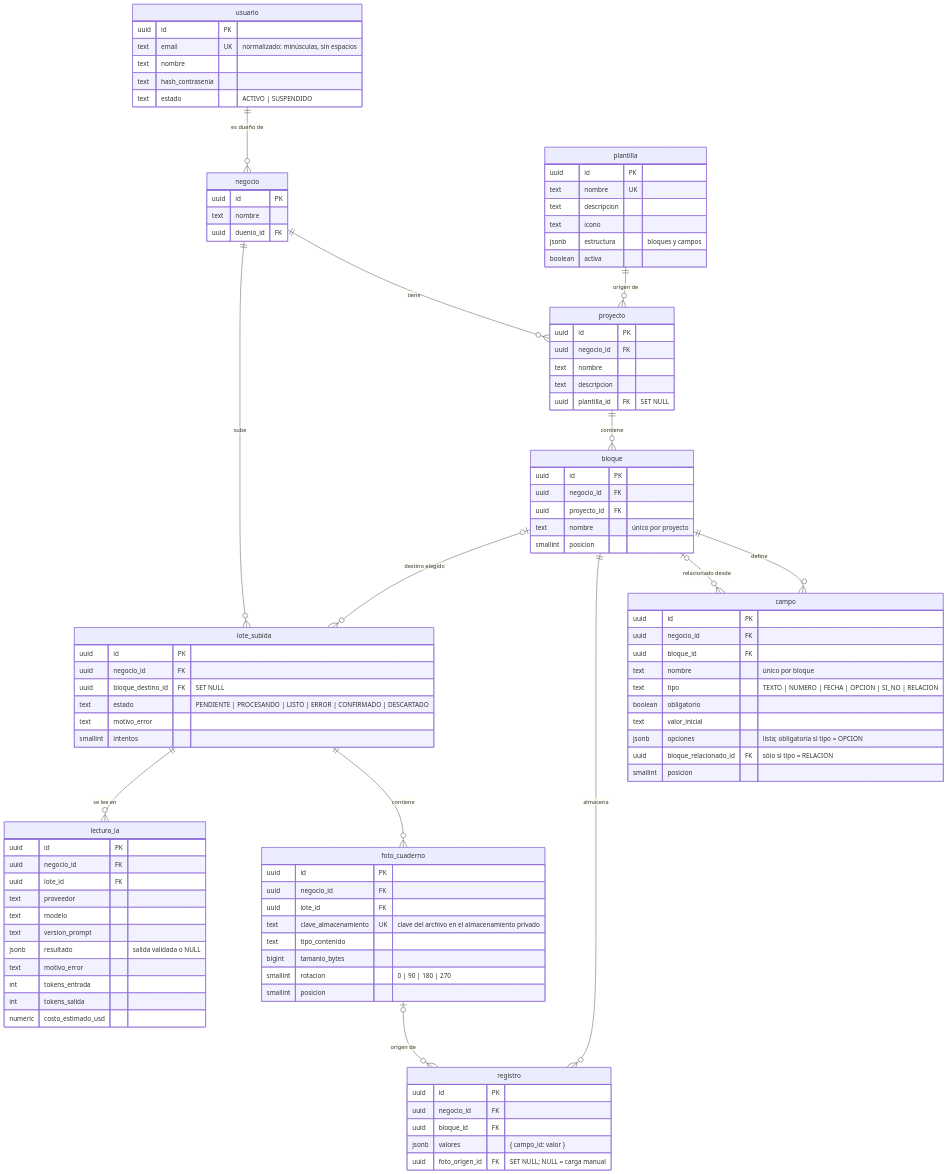
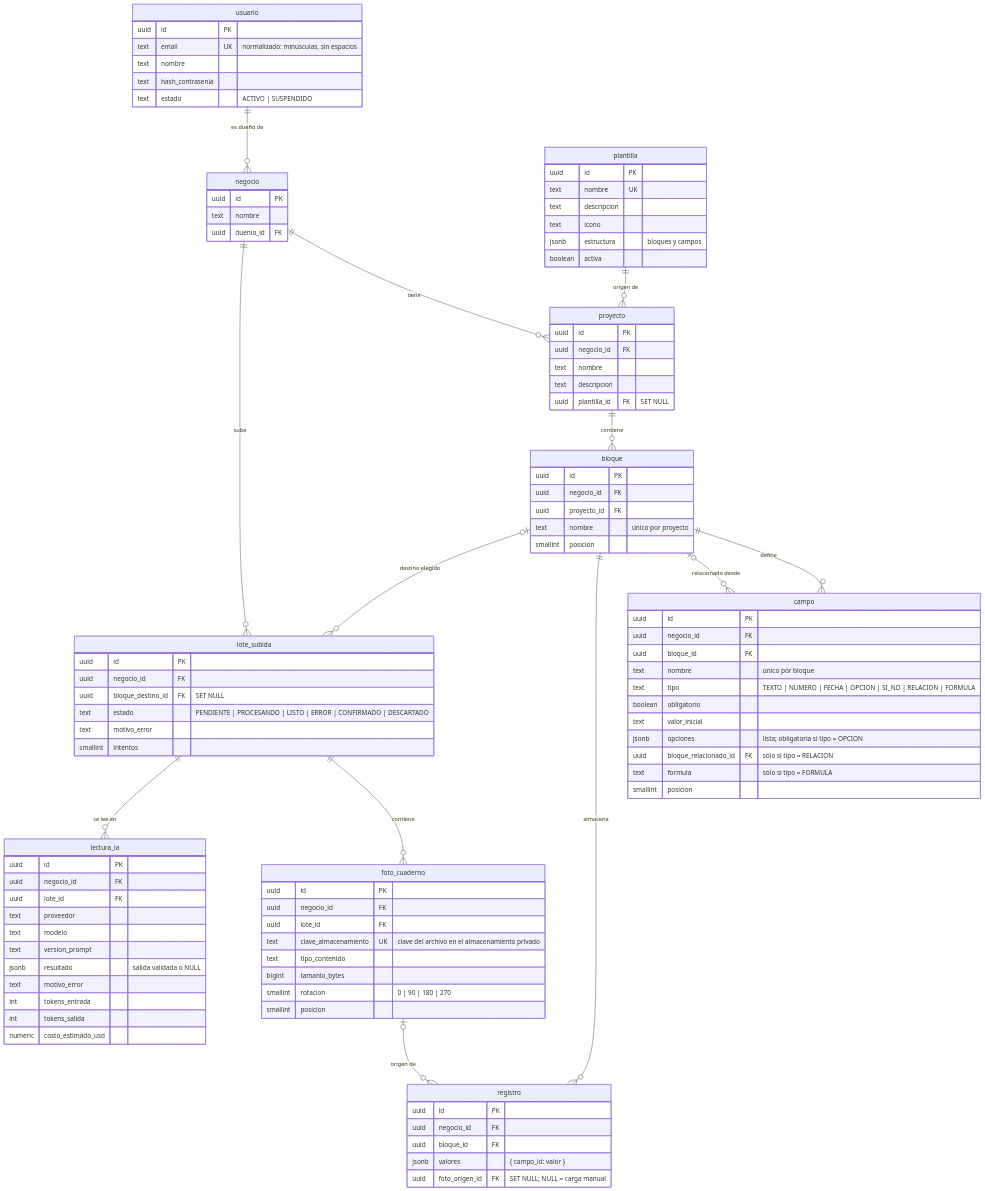
The diagram in docs/modelo-datos.md (gonzaviale/Ensambla), drawn with Mermaid before and after one commit. The commit also changed other lines of this file and 74 other files, not shown here.

First line of the commit message:
feat(campos): agregar el tipo de campo FORMULA calculado al leer los registros

```diff
--- a/docs/modelo-datos.md
+++ b/docs/modelo-datos.md
@@ -98,11 +98,12 @@
         uuid negocio_id FK
         uuid bloque_id FK
         text nombre "único por bloque"
-        text tipo "TEXTO | NUMERO | FECHA | OPCION | SI_NO | RELACION"
+        text tipo "TEXTO | NUMERO | FECHA | OPCION | SI_NO | RELACION | FORMULA"
         boolean obligatorio
         text valor_inicial
         jsonb opciones "lista; obligatoria si tipo = OPCION"
         uuid bloque_relacionado_id FK "sólo si tipo = RELACION"
+        text formula "sólo si tipo = FORMULA"
         smallint posicion
     }
     registro {
```
